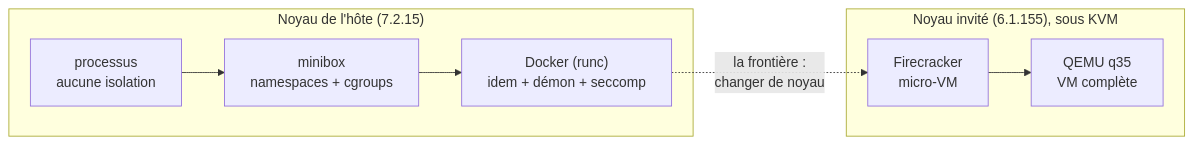
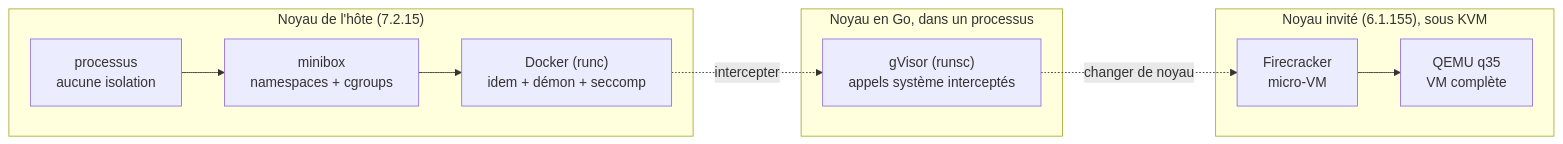
One commit to CrazzyBuilds/spectre-isolation changed the first of 5 diagrams in FICHE.md. Above: the diagram before and after it, drawn with Mermaid. The commit also changed other lines of this file and 3 other files, not shown here.

Commit message:
Niveau gVisor (runsc rootless, bundle OCI), mémoire anon + shmem, fiche à six niveaux

````diff
--- a/FICHE.md
+++ b/FICHE.md
@@ -15,13 +15,16 @@
 ```mermaid
 flowchart LR
     subgraph H["Noyau de l'hôte (7.2.15)"]
         P["processus<br/>aucune isolation"]
         M["minibox<br/>namespaces + cgroups"]
         D["Docker (runc)<br/>idem + démon + seccomp"]
     end
+    subgraph G["Noyau en Go, dans un processus"]
+        GV["gVisor (runsc)<br/>appels système interceptés"]
+    end
     subgraph V["Noyau invité (6.1.155), sous KVM"]
         F["Firecracker<br/>micro-VM"]
         Q["QEMU q35<br/>VM complète"]
     end
-    P --> M --> D -.->|"la frontière :<br/>changer de noyau"| F --> Q
+    P --> M --> D -.->|"intercepter"| GV -.->|"changer de noyau"| F --> Q
 ```
````
